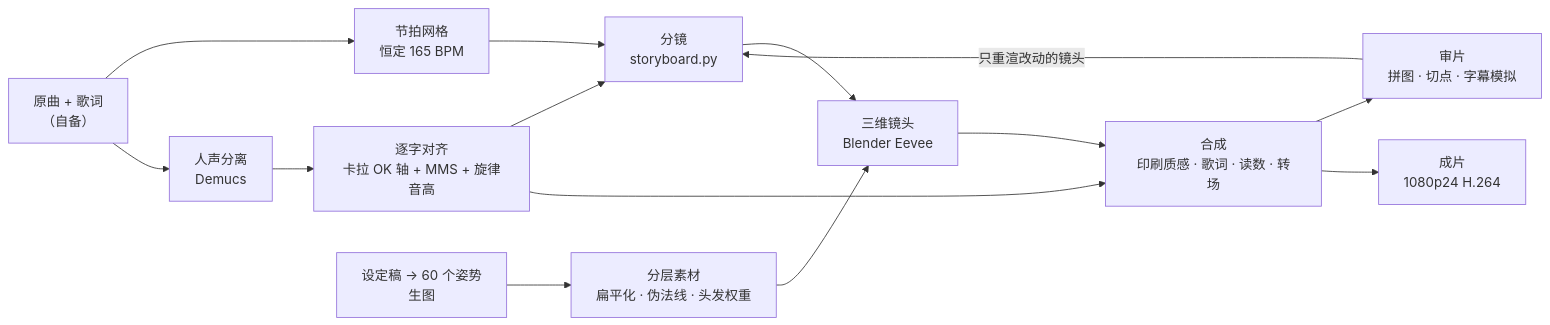
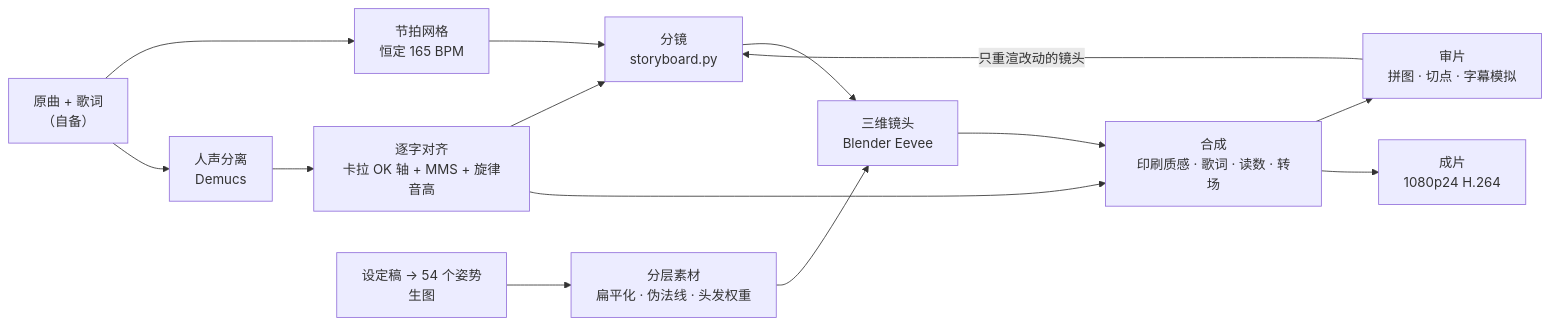
One commit to RepressedAlliance/MeltDown changed the diagram in README.md. Above: the diagram before and after it, drawn with Mermaid. The commit also changed other lines of this file and 60 other files, not shown here.

````diff
--- a/README.md
+++ b/README.md
@@ -101,16 +101,16 @@
 ```mermaid
 flowchart LR
   A["原曲 + 歌词<br/>（自备）"] --> B["节拍网格<br/>恒定 165 BPM"]
   A --> C["人声分离<br/>Demucs"]
   C --> D["逐字对齐<br/>卡拉 OK 轴 + MMS + 旋律音高"]
-  E["设定稿 → 60 个姿势<br/>生图"] --> F["分层素材<br/>扁平化 · 伪法线 · 头发权重"]
+  E["设定稿 → 54 个姿势<br/>生图"] --> F["分层素材<br/>扁平化 · 伪法线 · 头发权重"]
   B --> G["分镜<br/>storyboard.py"]
   D --> G
   G --> H["三维镜头<br/>Blender Eevee"]
   F --> H
   H --> I["合成<br/>印刷质感 · 歌词 · 读数 · 转场"]
   D --> I
   I --> J["审片<br/>拼图 · 切点 · 字幕模拟"]
   J -- "只重渲改动的镜头" --> G
   I --> K["成片<br/>1080p24 H.264"]
 ```
````
